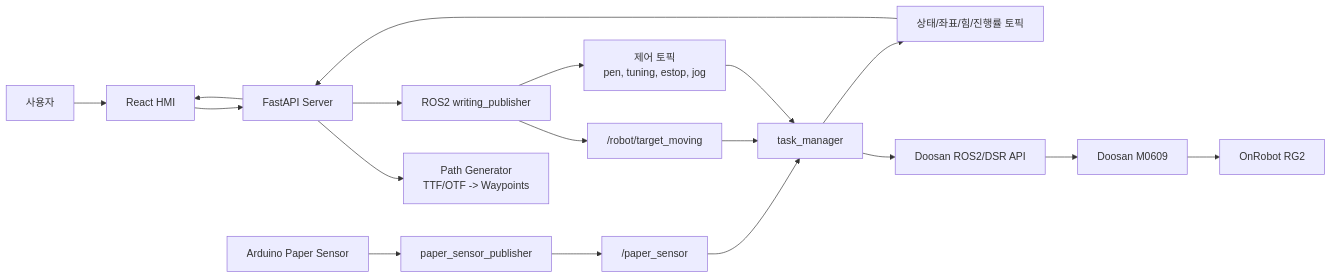
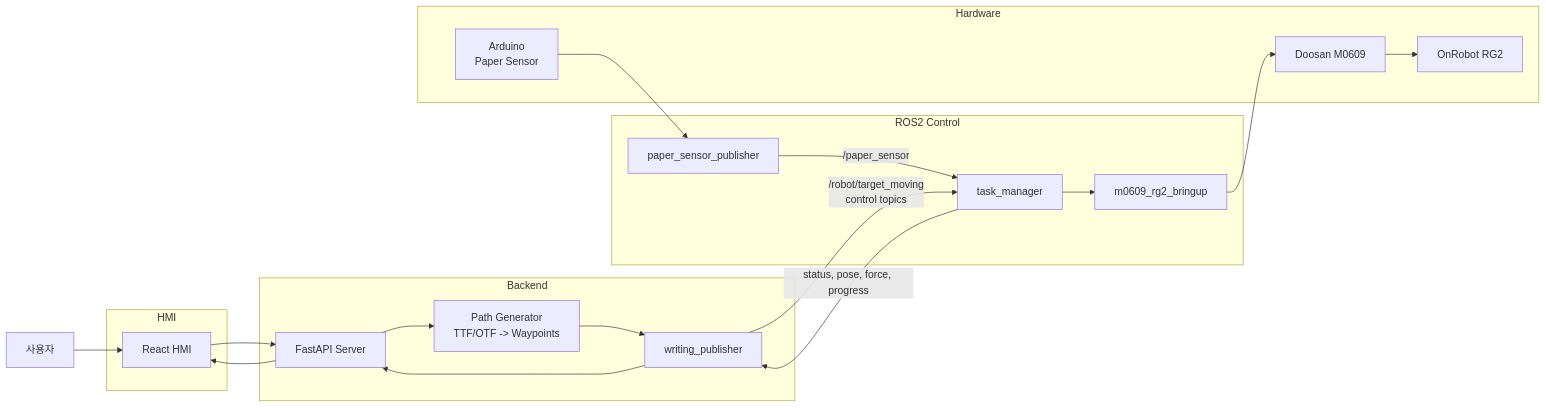
The first of 3 diagrams in README.md (habin-k/robot-arm-writing), drawn with Mermaid before and after one commit.

Commit message:
README 업데이트

````diff
--- a/README.md
+++ b/README.md
@@ -11,24 +11,43 @@
 ```mermaid
 flowchart LR
-    User[사용자] --> HMI[React HMI]
-    HMI --> API[FastAPI Server]
-    API --> PathGen["Path Generator<br/>TTF/OTF -> Waypoints"]
-    API --> RosPub["ROS2 writing_publisher"]
-    RosPub --> TargetTopic["/robot/target_moving"]
-    RosPub --> ControlTopics["제어 토픽<br/>pen, tuning, estop, jog"]
+    User["사용자"]
 
-    Arduino["Arduino Paper Sensor"] --> SensorNode["paper_sensor_publisher"]
-    SensorNode --> PaperTopic["/paper_sensor"]
+    subgraph UI["HMI"]
+        HMI["React HMI"]
+    end
 
-    TargetTopic --> TaskManager[task_manager]
-    ControlTopics --> TaskManager
-    PaperTopic --> TaskManager
+    subgraph Server["Backend"]
+        API["FastAPI Server"]
+        PathGen["Path Generator<br/>TTF/OTF -> Waypoints"]
+        RosPub["writing_publisher"]
+    end
 
-    TaskManager --> DSR["Doosan ROS2/DSR API"]
-    DSR --> Robot["Doosan M0609"]
-    Robot --> Gripper["OnRobot RG2"]
+    subgraph ROS["ROS2 Control"]
+        TaskManager["task_manager"]
+        SensorNode["paper_sensor_publisher"]
+        Bringup["m0609_rg2_bringup"]
+    end
 
-    TaskManager --> StateTopics["상태/좌표/힘/진행률 토픽"]
-    StateTopics --> API
+    subgraph HW["Hardware"]
+        Arduino["Arduino<br/>Paper Sensor"]
+        Robot["Doosan M0609"]
+        Gripper["OnRobot RG2"]
+    end
+
+    User --> HMI
+    HMI --> API
+    API --> PathGen
+    PathGen --> RosPub
+    RosPub -->|"/robot/target_moving<br/>control topics"| TaskManager
+
+    Arduino --> SensorNode
+    SensorNode -->|"/paper_sensor"| TaskManager
+
+    TaskManager --> Bringup
+    Bringup --> Robot
+    Robot --> Gripper
+
+    TaskManager -->|"status, pose, force, progress"| RosPub
+    RosPub --> API
     API --> HMI
 ```
````
